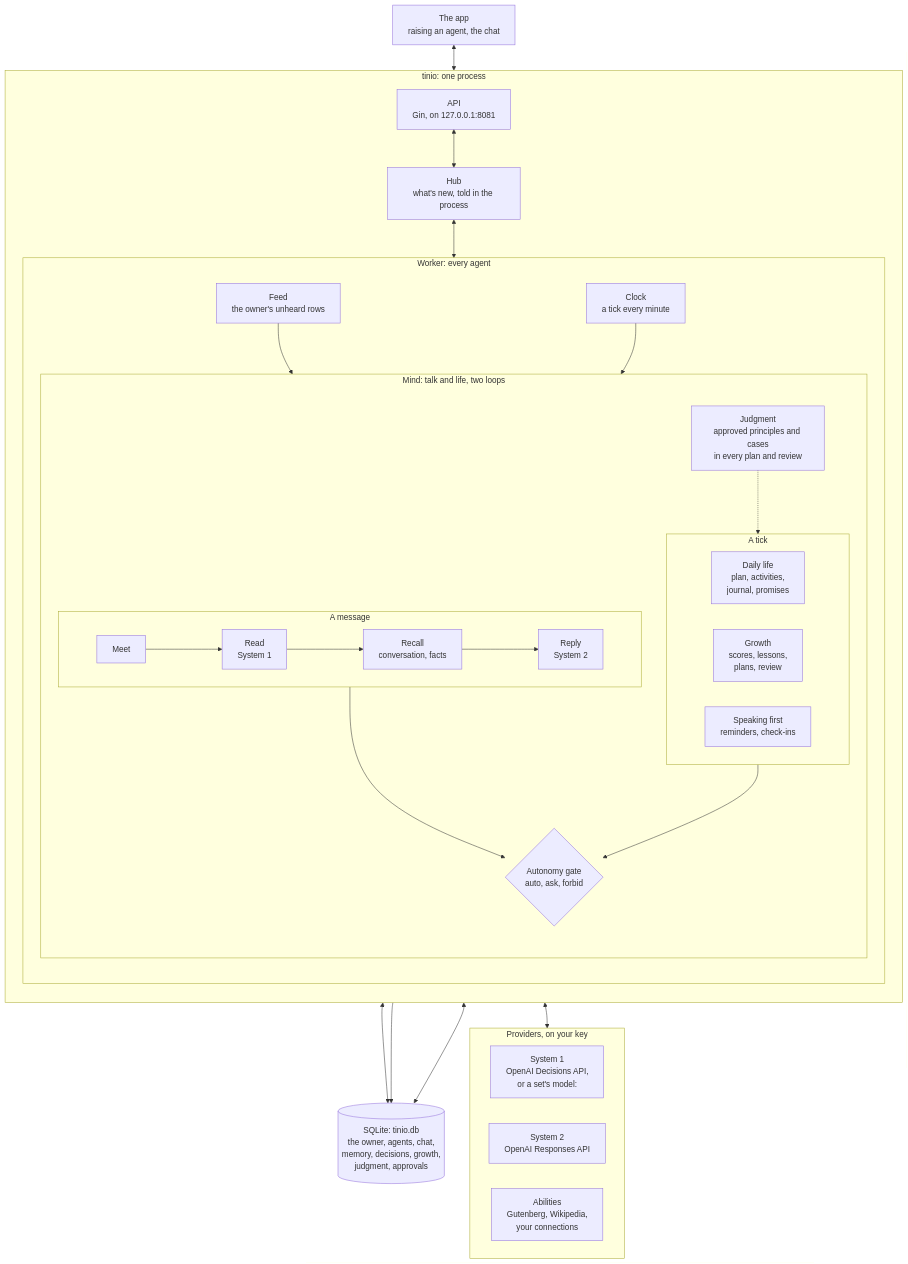
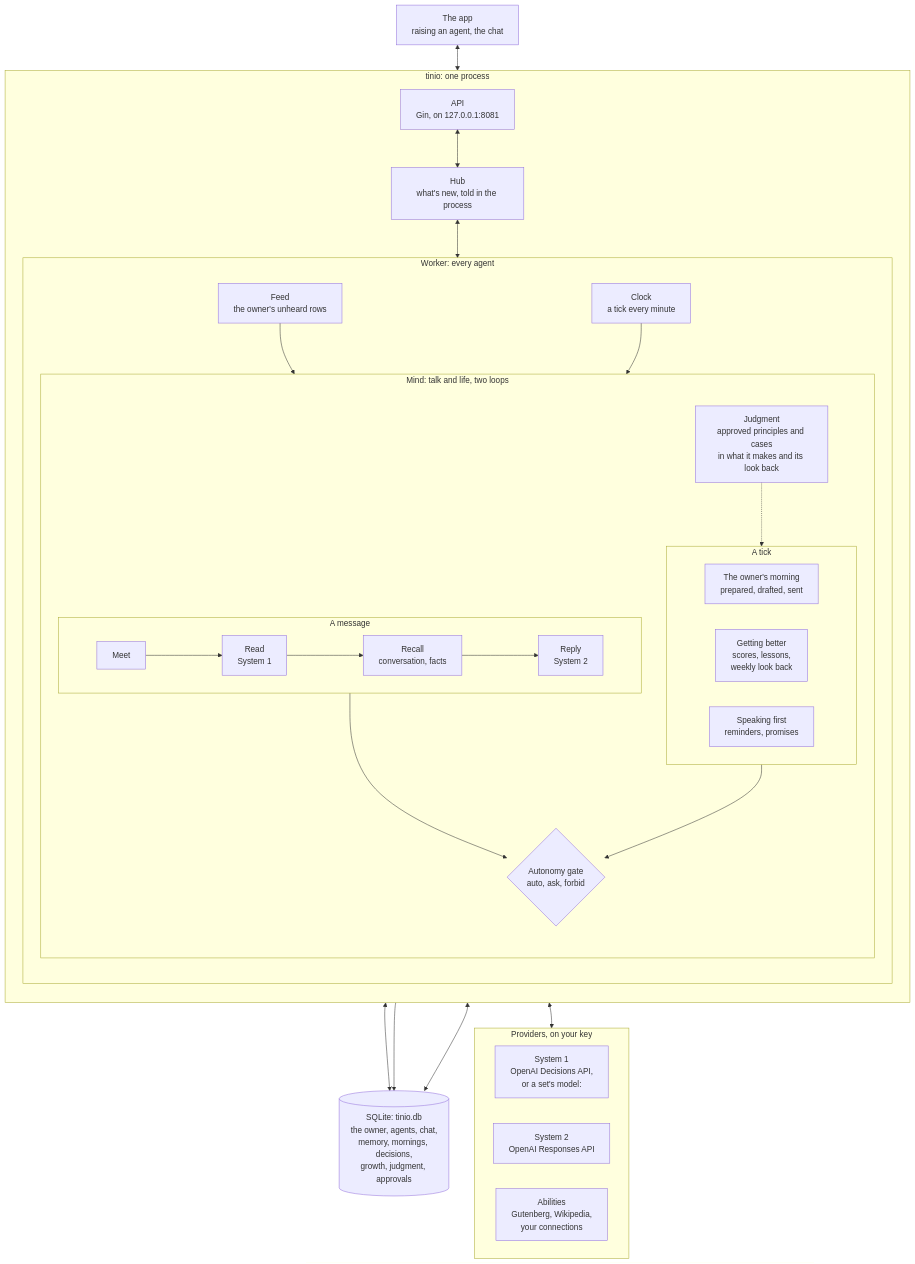
The diagram in docs/ARCHITECTURE.md (Grandbusta/tinio), drawn with Mermaid before and after one commit. The commit also changed other lines of this file and 148 other files, not shown here.

First line of the commit message:
Agents work for their owner: a morning for each, no life of their own, and a cast that fits

````diff
--- a/docs/ARCHITECTURE.md
+++ b/docs/ARCHITECTURE.md
@@ -26,52 +26,52 @@
 ```mermaid
 flowchart TB
     APP["The app<br/>raising an agent, the chat"]
 
     subgraph TINIO["tinio: one process"]
         direction TB
         API["API<br/>Gin, on 127.0.0.1:8081"]
         HUB["Hub<br/>what's new, told in the process"]
 
         subgraph WORKER["Worker: every agent"]
             direction TB
             FEED["Feed<br/>the owner's unheard rows"]
             CLK["Clock<br/>a tick every minute"]
             subgraph MIND["Mind: talk and life, two loops"]
                 direction TB
                 subgraph MSG["A message"]
                     direction LR
                     MEET["Meet"] --> READ["Read<br/>System 1"] --> RECALL["Recall<br/>conversation, facts"] --> REASON["Reply<br/>System 2"]
                 end
                 subgraph DAY["A tick"]
                     direction LR
-                    LIFE["Daily life<br/>plan, activities,<br/>journal, promises"]
-                    GROW["Growth<br/>scores, lessons,<br/>plans, review"]
-                    SPEAK["Speaking first<br/>reminders, check-ins"]
+                    LIFE["The owner's morning<br/>prepared, drafted, sent"]
+                    GROW["Getting better<br/>scores, lessons,<br/>weekly look back"]
+                    SPEAK["Speaking first<br/>reminders, promises"]
                 end
-                JUDGE["Judgment<br/>approved principles and cases<br/>in every plan and review"]
+                JUDGE["Judgment<br/>approved principles and cases<br/>in what it makes and its look back"]
                 GATE{"Autonomy gate<br/>auto, ask, forbid"}
                 MSG & DAY --> GATE
                 JUDGE -.-> DAY
             end
             FEED --> MSG
             CLK --> DAY
         end
     end
 
     subgraph PROV["Providers, on your key"]
         direction LR
         S1["System 1<br/>OpenAI Decisions API,<br/>or a set's model:"]
         S2["System 2<br/>OpenAI Responses API"]
         ABIL["Abilities<br/>Gutenberg, Wikipedia,<br/>your connections"]
     end
 
-    DB[("SQLite: tinio.db<br/>the owner, agents, chat,<br/>memory, decisions, growth,<br/>judgment, approvals")]
+    DB[("SQLite: tinio.db<br/>the owner, agents, chat,<br/>memory, mornings, decisions,<br/>growth, judgment, approvals")]
 
     APP <--> API
     API <--> DB
     API <--> HUB
     HUB <--> WORKER
     MIND <--> PROV
     MIND <--> DB
     GATE --> DB
 ```
````
